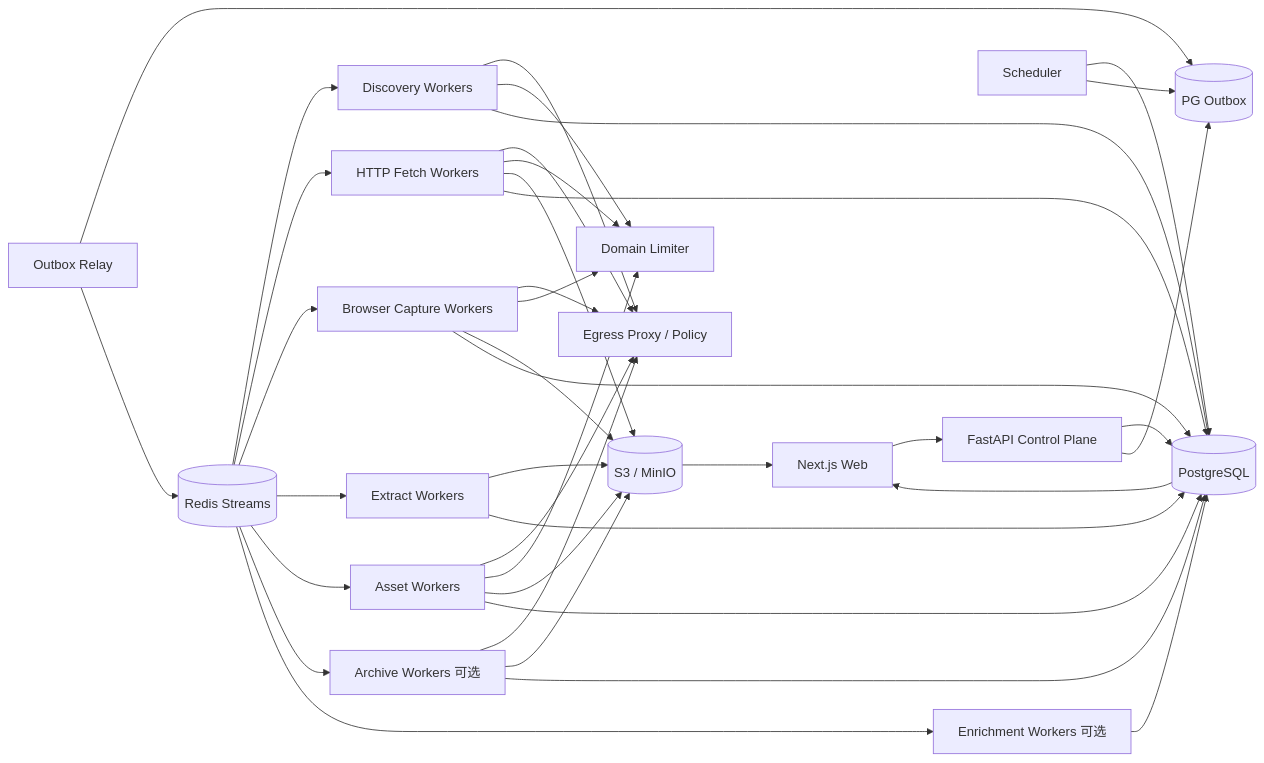
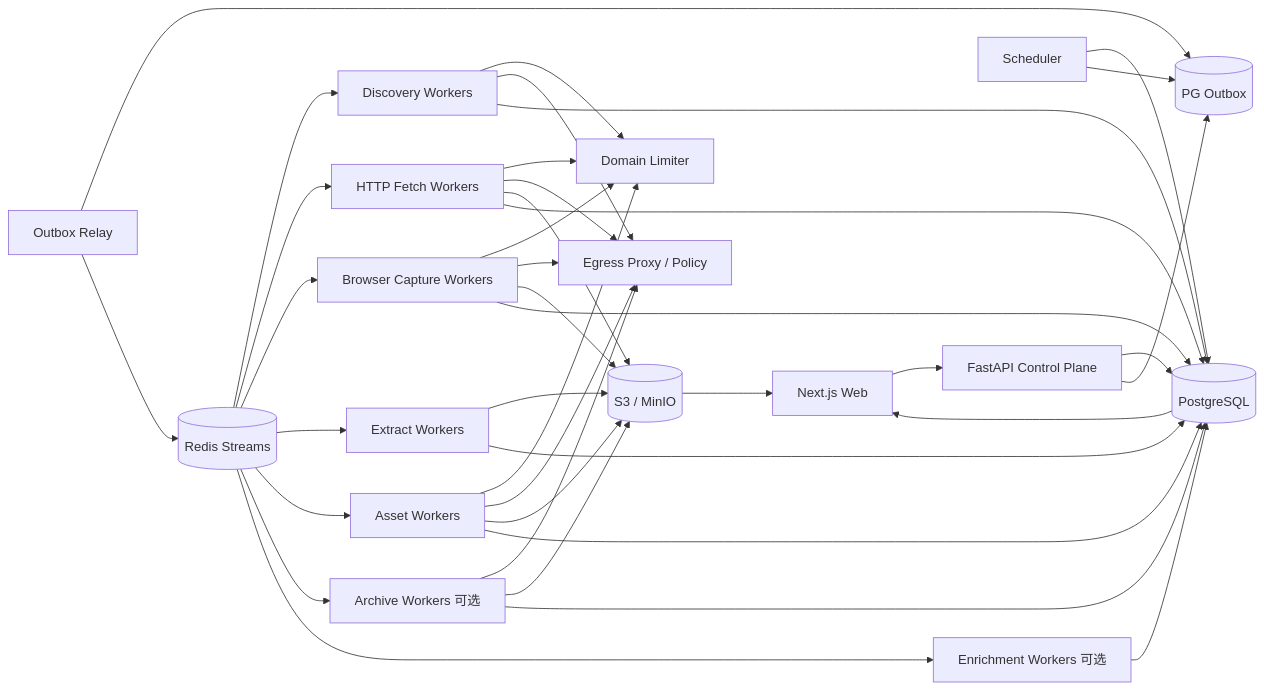
Before and after one commit to WorkerXu/my-doc: the diagram in 博客知识库技术方案.md, drawn with Mermaid. The commit also changed other lines of this file, not shown here.

````diff
--- a/博客知识库技术方案.md
+++ b/博客知识库技术方案.md
@@ -62,47 +57,46 @@
 ```mermaid
 flowchart LR
     UI[Next.js Web] --> API[FastAPI Control Plane]
     API --> PG[(PostgreSQL)]
     API --> OUT[(PG Outbox)]
-
     SCHED[Scheduler] --> PG
     SCHED --> OUT
     RELAY[Outbox Relay] --> OUT
     RELAY --> REDIS[(Redis Streams)]
 
     REDIS --> DISC[Discovery Workers]
     REDIS --> HF[HTTP Fetch Workers]
     REDIS --> BF[Browser Capture Workers]
     REDIS --> EX[Extract Workers]
     REDIS --> ASSET[Asset Workers]
     REDIS --> ARCH[Archive Workers 可选]
     REDIS --> EN[Enrichment Workers 可选]
 
+    DISC --> LIMIT[Domain Limiter]
+    HF --> LIMIT
+    BF --> LIMIT
+    ASSET --> LIMIT
+
     DISC --> EGRESS[Egress Proxy / Policy]
     HF --> EGRESS
     BF --> EGRESS
     ASSET --> EGRESS
     ARCH --> EGRESS
-
-    DISC --> LIMIT[Domain Limiter]
-    HF --> LIMIT
-    BF --> LIMIT
-    ASSET --> LIMIT
 
     HF --> S3[(S3 / MinIO)]
     BF --> S3
     EX --> S3
     ASSET --> S3
     ARCH --> S3
 
     DISC --> PG
     HF --> PG
     BF --> PG
     EX --> PG
     ASSET --> PG
     ARCH --> PG
     EN --> PG
 
     PG --> UI
     S3 --> UI
 ```
````
